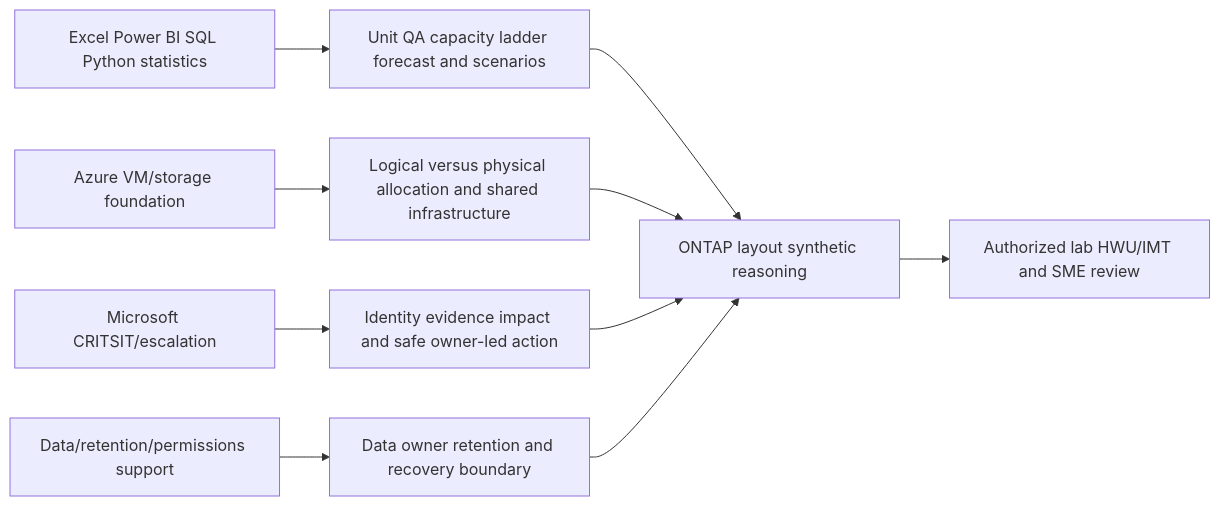
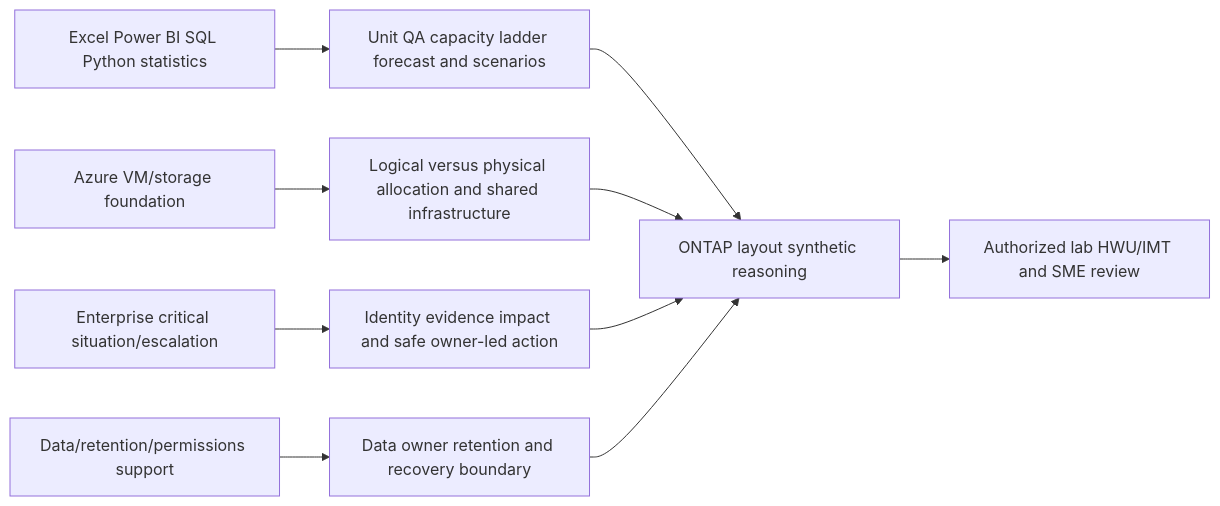
One commit to hichauhan-in/Interview-Prep changed diagram 25 of 26 in NetApp TAM/prep/Part-23-ontap-disks-raid-aggregates-volumes.md. Above: the diagram before and after it, drawn with Mermaid. The commit also changed other lines of this file and 493 other files, not shown here.

````diff
--- a/NetApp TAM/prep/Part-23-ontap-disks-raid-aggregates-volumes.md
+++ b/NetApp TAM/prep/Part-23-ontap-disks-raid-aggregates-volumes.md
@@ -729,12 +729,12 @@
 ```mermaid
 flowchart LR
     BI[Excel Power BI SQL Python statistics] --> CAP[Unit QA capacity ladder forecast and scenarios]
     AZ[Azure VM/storage foundation] --> LAYER[Logical versus physical allocation and shared infrastructure]
-    CRIT[Microsoft CRITSIT/escalation] --> SAFE[Identity evidence impact and safe owner-led action]
+    CRIT[Enterprise critical situation/escalation] --> SAFE[Identity evidence impact and safe owner-led action]
     M365[Data/retention/permissions support] --> POL[Data owner retention and recovery boundary]
     CAP --> ONTAP[ONTAP layout synthetic reasoning]
     LAYER --> ONTAP
     SAFE --> ONTAP
     POL --> ONTAP
     ONTAP --> LAB[Authorized lab HWU/IMT and SME review]
 ```
````
